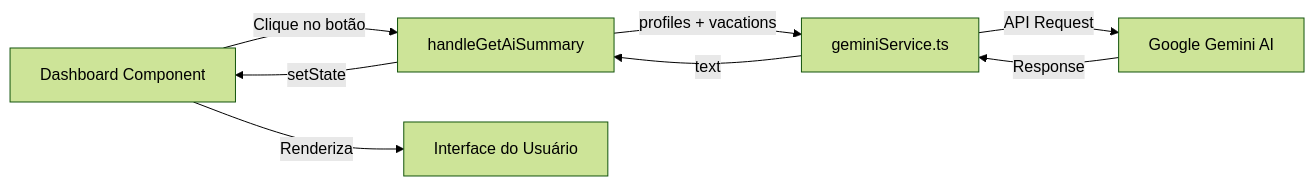
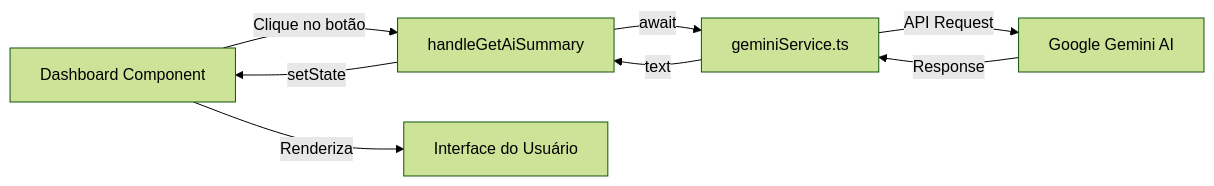
The fifth of 11 diagrams in docs/ARCHITECTURE.md (OlosLive/holidayGo), drawn with Mermaid (forest theme) before and after one commit. The commit also changed other lines of this file and 8 other files, not shown here.

````diff
--- a/docs/ARCHITECTURE.md
+++ b/docs/ARCHITECTURE.md
@@ -617,10 +256,10 @@
 ```mermaid
 graph LR
     Dashboard[Dashboard Component] -->|Clique no botão| Handler[handleGetAiSummary]
-    Handler -->|profiles + vacations| Service[geminiService.ts]
+    Handler -->|await| Service[geminiService.ts]
     Service -->|API Request| Gemini[Google Gemini AI]
     Gemini -->|Response| Service
     Service -->|text| Handler
     Handler -->|setState| Dashboard
     Dashboard -->|Renderiza| UI[Interface do Usuário]
 ```
````
